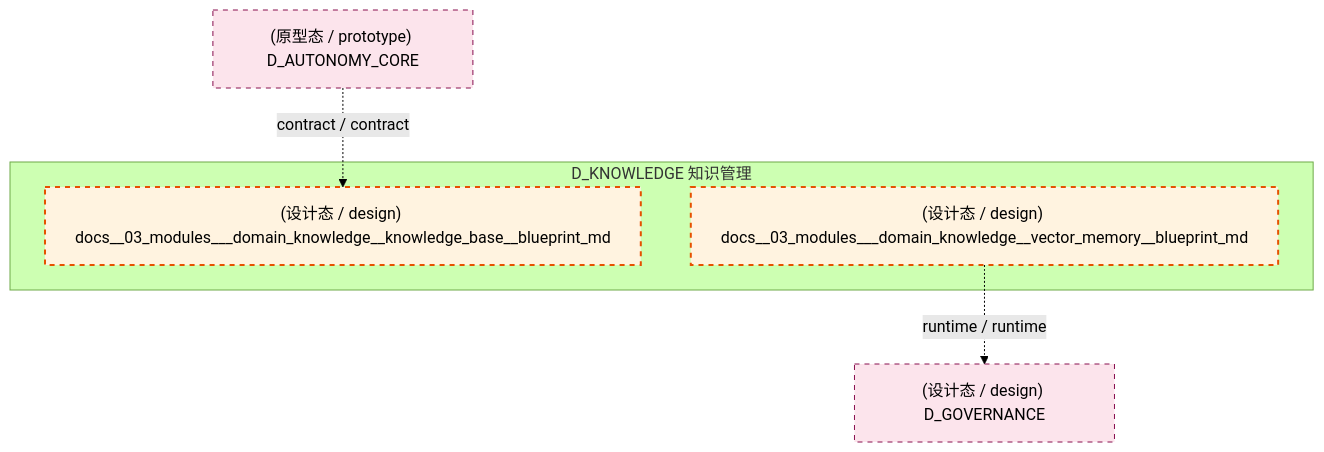
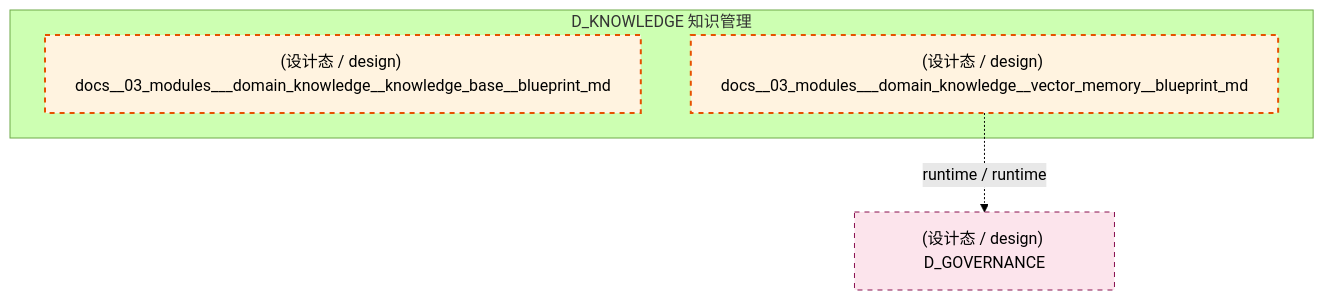
Before and after one commit to xuanFelixVan/ZephyrAlpha: the second of 4 diagrams in docs/02_enterprise_architecture/02_domain_architecture_docs/40_d_knowledge.md, drawn with Mermaid (forest theme). The commit also changed other lines of this file and 100 other files, not shown here.

````diff
--- a/docs/02_enterprise_architecture/02_domain_architecture_docs/40_d_knowledge.md
+++ b/docs/02_enterprise_architecture/02_domain_architecture_docs/40_d_knowledge.md
@@ -112,17 +110,15 @@
 ```mermaid
 graph TD
     subgraph D_KNOWLEDGE["D_KNOWLEDGE 知识管理"]
         docs_03_modules_domain_knowledge_knowledge_base_blueprint_md["(设计态 / design) docs__03_modules___domain_knowledge__knowledge_base__blueprint_md"]
         docs_03_modules_domain_knowledge_vector_memory_blueprint_md["(设计态 / design) docs__03_modules___domain_knowledge__vector_memory__blueprint_md"]
     end
     D_GOVERNANCE["(设计态 / design) D_GOVERNANCE"]
     docs_03_modules_domain_knowledge_vector_memory_blueprint_md -.->|runtime / runtime| D_GOVERNANCE
-    D_AUTONOMY_CORE["(原型态 / prototype) D_AUTONOMY_CORE"]
-    D_AUTONOMY_CORE -.->|contract / contract| docs_03_modules_domain_knowledge_knowledge_base_blueprint_md
     classDef production fill:#e1f5fe,stroke:#01579b,stroke-width:2px,color:#000
     classDef design fill:#fff3e0,stroke:#e65100,stroke-width:2px,color:#000,stroke-dasharray: 5 5
     classDef external_prod fill:#e8f5e9,stroke:#1b5e20,stroke-width:1px,color:#000
     classDef external_design fill:#fce4ec,stroke:#880e4f,stroke-width:1px,color:#000,stroke-dasharray: 5 5
     class docs_03_modules_domain_knowledge_knowledge_base_blueprint_md,docs_03_modules_domain_knowledge_vector_memory_blueprint_md design
-    class D_GOVERNANCE,D_AUTONOMY_CORE external_design
+    class D_GOVERNANCE external_design
 ```
````
